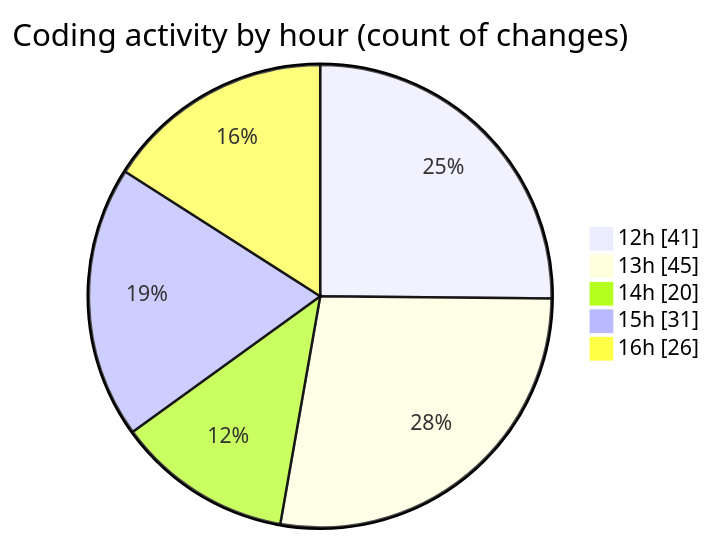
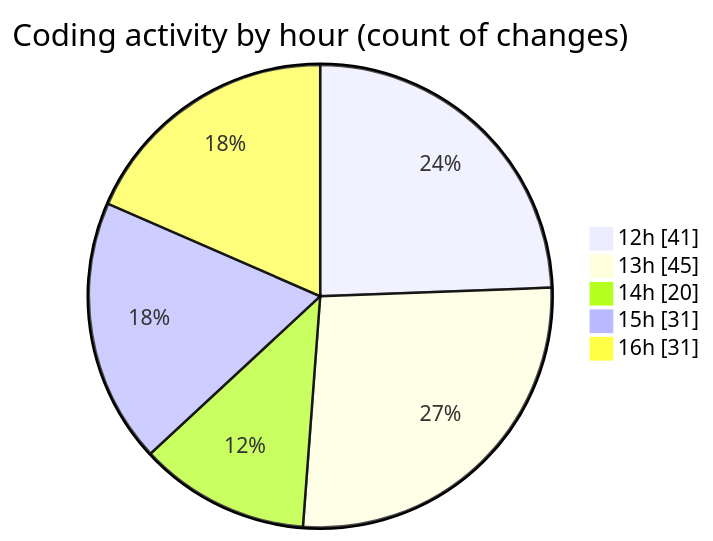
The second of 2 diagrams in 2025-12-02/cda/README.md (momahboobian/code-tracking), drawn with Mermaid before and after one commit. The commit also changed other lines of this file and 1 other file, not shown here.

````diff
--- a/2025-12-02/cda/README.md
+++ b/2025-12-02/cda/README.md
@@ -40,9 +40,9 @@
 ```mermaid
 pie showData
 title Coding activity by hour (count of changes)
 "12h" : 41
 "13h" : 45
 "14h" : 20
 "15h" : 31
-"16h" : 26
+"16h" : 31
 ```
````
